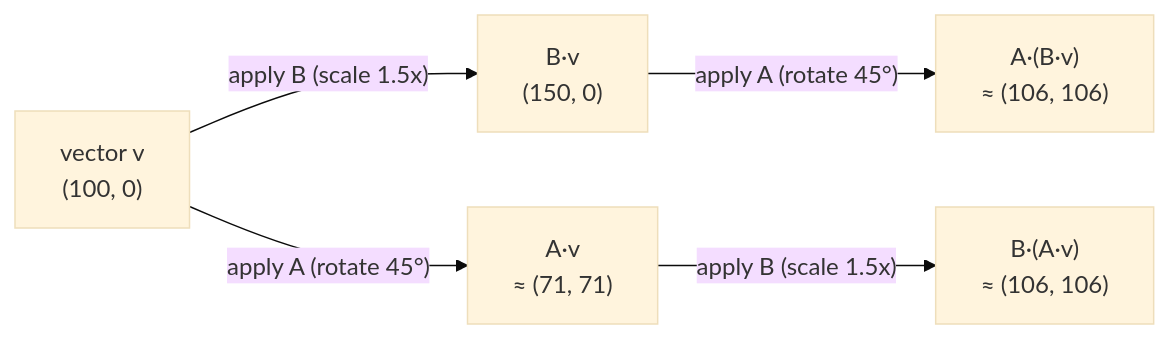
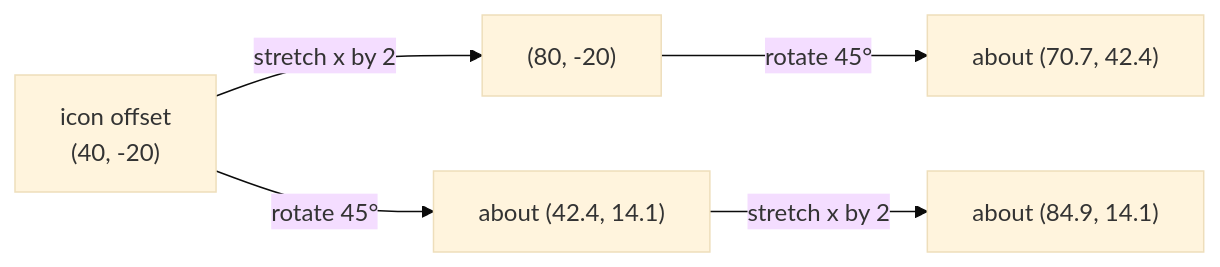
The diagram in src/content/applied-math/linear-algebra-basics-vectors-matrices-where/L2-concept.mdx (francoandreDev/knowledge), drawn with Mermaid (base theme) before and after one commit. The commit also changed other lines of this file and 3 other files, not shown here.

````diff
--- a/src/content/applied-math/linear-algebra-basics-vectors-matrices-where/L2-concept.mdx
+++ b/src/content/applied-math/linear-algebra-basics-vectors-matrices-where/L2-concept.mdx
@@ -80,7 +77,7 @@
 ```mermaid
 flowchart LR
-    v["vector v<br/>(100, 0)"] -->|"apply B (scale 1.5x)"| Bv["B·v<br/>(150, 0)"]
-    Bv -->|"apply A (rotate 45°)"| ABv["A·(B·v)<br/>≈ (106, 106)"]
-    v -->|"apply A (rotate 45°)"| Av["A·v<br/>≈ (71, 71)"]
-    Av -->|"apply B (scale 1.5x)"| BAv["B·(A·v)<br/>≈ (106, 106)"]
+    V["icon offset<br/>(40, -20)"] -->|"stretch x by 2"| S1["(80, -20)"]
+    S1 -->|"rotate 45°"| E1["about (70.7, 42.4)"]
+    V -->|"rotate 45°"| R1["about (42.4, 14.1)"]
+    R1 -->|"stretch x by 2"| E2["about (84.9, 14.1)"]
 ```
````
